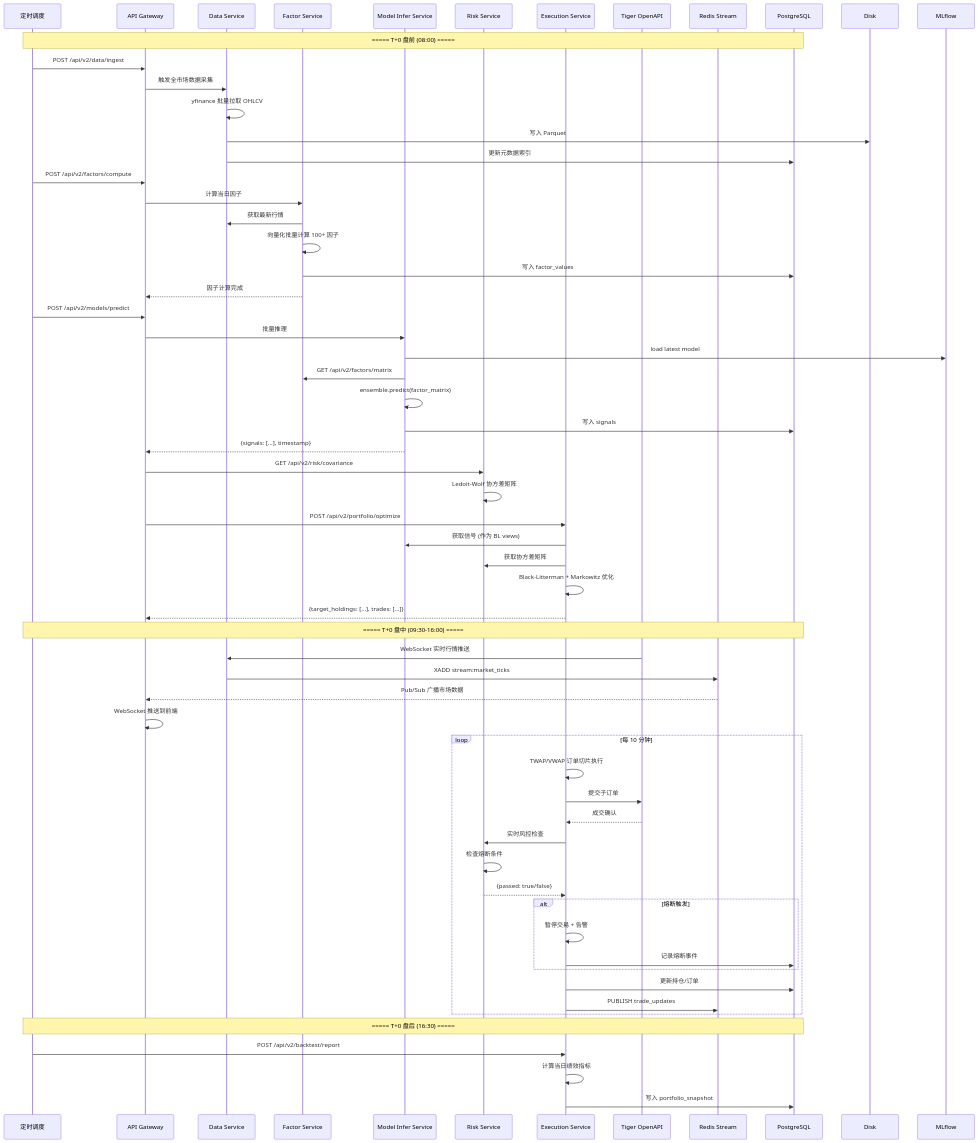
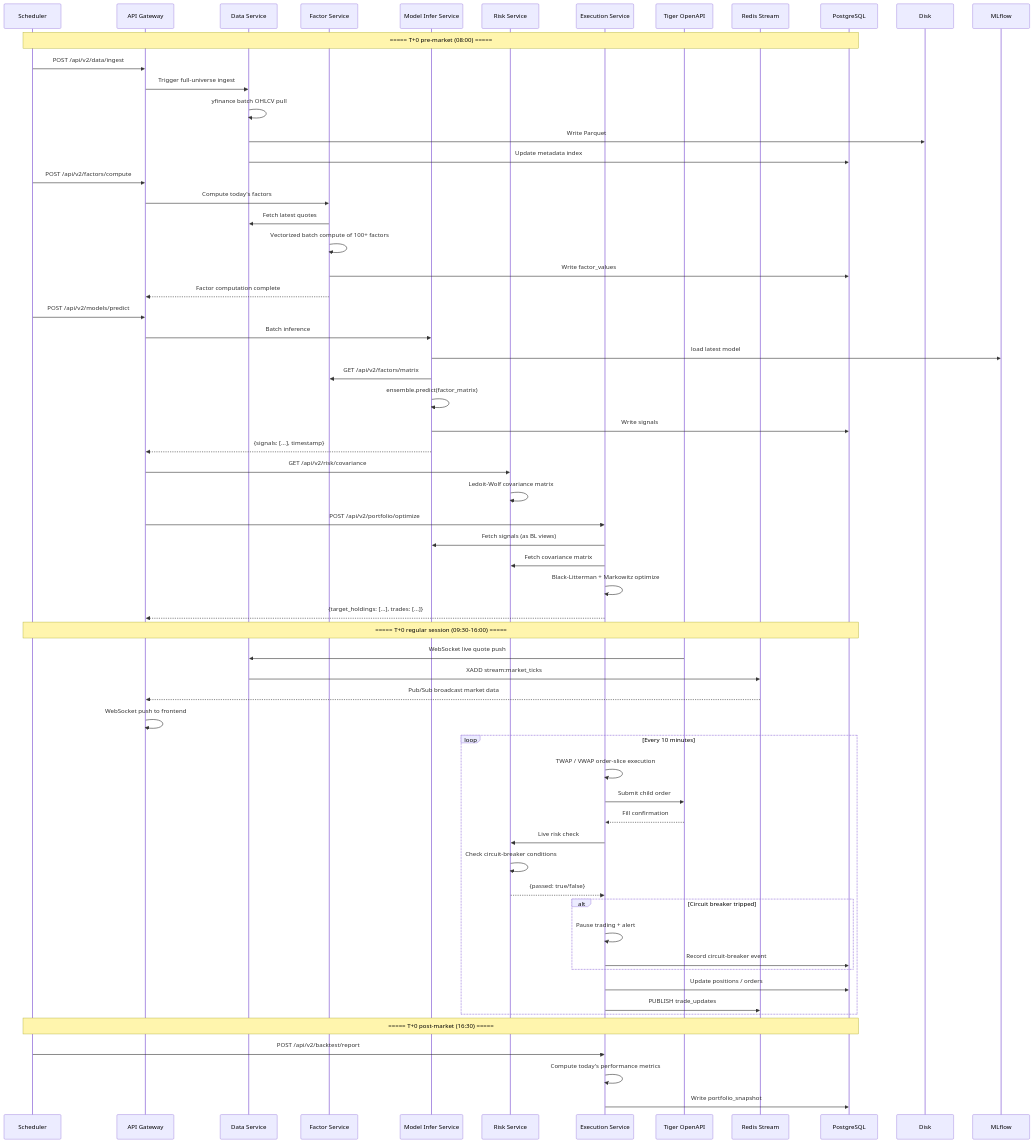
One commit to AndrewMa1992/quant-ai-trader changed the fourth of 6 diagrams in docs/ARCHITECTURE-v2.md. Above: the diagram before and after it, drawn with Mermaid. The commit also changed other lines of this file and 130 other files, not shown here.

````diff
--- a/docs/ARCHITECTURE-v2.md
+++ b/docs/ARCHITECTURE-v2.md
@@ -852,73 +852,73 @@
 ```mermaid
 sequenceDiagram
-    participant Cron as 定时调度
+    participant Cron as Scheduler
     participant GW as API Gateway
     participant Data as Data Service
     participant Factor as Factor Service
     participant Infer as Model Infer Service
     participant Risk as Risk Service
     participant Exec as Execution Service
     participant Tiger as Tiger OpenAPI
     participant Redis as Redis Stream
     participant PG as PostgreSQL
 
-    Note over Cron,PG: ===== T+0 盘前 (08:00) =====
+    Note over Cron,PG: ===== T+0 pre-market (08:00) =====
     Cron->>GW: POST /api/v2/data/ingest
-    GW->>Data: 触发全市场数据采集
-    Data->>Data: yfinance 批量拉取 OHLCV
-    Data->>Disk: 写入 Parquet
-    Data->>PG: 更新元数据索引
+    GW->>Data: Trigger full-universe ingest
+    Data->>Data: yfinance batch OHLCV pull
+    Data->>Disk: Write Parquet
+    Data->>PG: Update metadata index
 
     Cron->>GW: POST /api/v2/factors/compute
-    GW->>Factor: 计算当日因子
-    Factor->>Data: 获取最新行情
-    Factor->>Factor: 向量化批量计算 100+ 因子
-    Factor->>PG: 写入 factor_values
-    Factor-->>GW: 因子计算完成
+    GW->>Factor: Compute today's factors
+    Factor->>Data: Fetch latest quotes
+    Factor->>Factor: Vectorized batch compute of 100+ factors
+    Factor->>PG: Write factor_values
+    Factor-->>GW: Factor computation complete
 
     Cron->>GW: POST /api/v2/models/predict
-    GW->>Infer: 批量推理
+    GW->>Infer: Batch inference
     Infer->>MLflow: load latest model
     Infer->>Factor: GET /api/v2/factors/matrix
     Infer->>Infer: ensemble.predict(factor_matrix)
-    Infer->>PG: 写入 signals
+    Infer->>PG: Write signals
     Infer-->>GW: {signals: [...], timestamp}
 
     GW->>Risk: GET /api/v2/risk/covariance
-    Risk->>Risk: Ledoit-Wolf 协方差矩阵
+    Risk->>Risk: Ledoit-Wolf covariance matrix
 
     GW->>Exec: POST /api/v2/portfolio/optimize
-    Exec->>Infer: 获取信号 (作为 BL views)
-    Exec->>Risk: 获取协方差矩阵
-    Exec->>Exec: Black-Litterman + Markowitz 优化
+    Exec->>Infer: Fetch signals (as BL views)
+    Exec->>Risk: Fetch covariance matrix
+    Exec->>Exec: Black-Litterman + Markowitz optimize
     Exec-->>GW: {target_holdings: [...], trades: [...]}
 
-    Note over Cron,PG: ===== T+0 盘中 (09:30-16:00) =====
-    Tiger->>Data: WebSocket 实时行情推送
+    Note over Cron,PG: ===== T+0 regular session (09:30-16:00) =====
+    Tiger->>Data: WebSocket live quote push
     Data->>Redis: XADD stream:market_ticks
-    Redis-->>GW: Pub/Sub 广播市场数据
-    GW->>GW: WebSocket 推送到前端
+    Redis-->>GW: Pub/Sub broadcast market data
+    GW->>GW: WebSocket push to frontend
 
-    loop 每 10 分钟
-        Exec->>Exec: TWAP/VWAP 订单切片执行
-        Exec->>Tiger: 提交子订单
-        Tiger-->>Exec: 成交确认
+    loop Every 10 minutes
+        Exec->>Exec: TWAP / VWAP order-slice execution
+        Exec->>Tiger: Submit child order
+        Tiger-->>Exec: Fill confirmation
         
-        Exec->>Risk: 实时风控检查
-        Risk->>Risk: 检查熔断条件
+        Exec->>Risk: Live risk check
+        Risk->>Risk: Check circuit-breaker conditions
         Risk-->>Exec: {passed: true/false}
         
-        alt 熔断触发
-            Exec->>Exec: 暂停交易 + 告警
-            Exec->>PG: 记录熔断事件
+        alt Circuit breaker tripped
+            Exec->>Exec: Pause trading + alert
+            Exec->>PG: Record circuit-breaker event
         end
         
-        Exec->>PG: 更新持仓/订单
+        Exec->>PG: Update positions / orders
         Exec->>Redis: PUBLISH trade_updates
     end
 
-    Note over Cron,PG: ===== T+0 盘后 (16:30) =====
+    Note over Cron,PG: ===== T+0 post-market (16:30) =====
     Cron->>Exec: POST /api/v2/backtest/report
-    Exec->>Exec: 计算当日绩效指标
-    Exec->>PG: 写入 portfolio_snapshot
+    Exec->>Exec: Compute today's performance metrics
+    Exec->>PG: Write portfolio_snapshot
 ```
````
